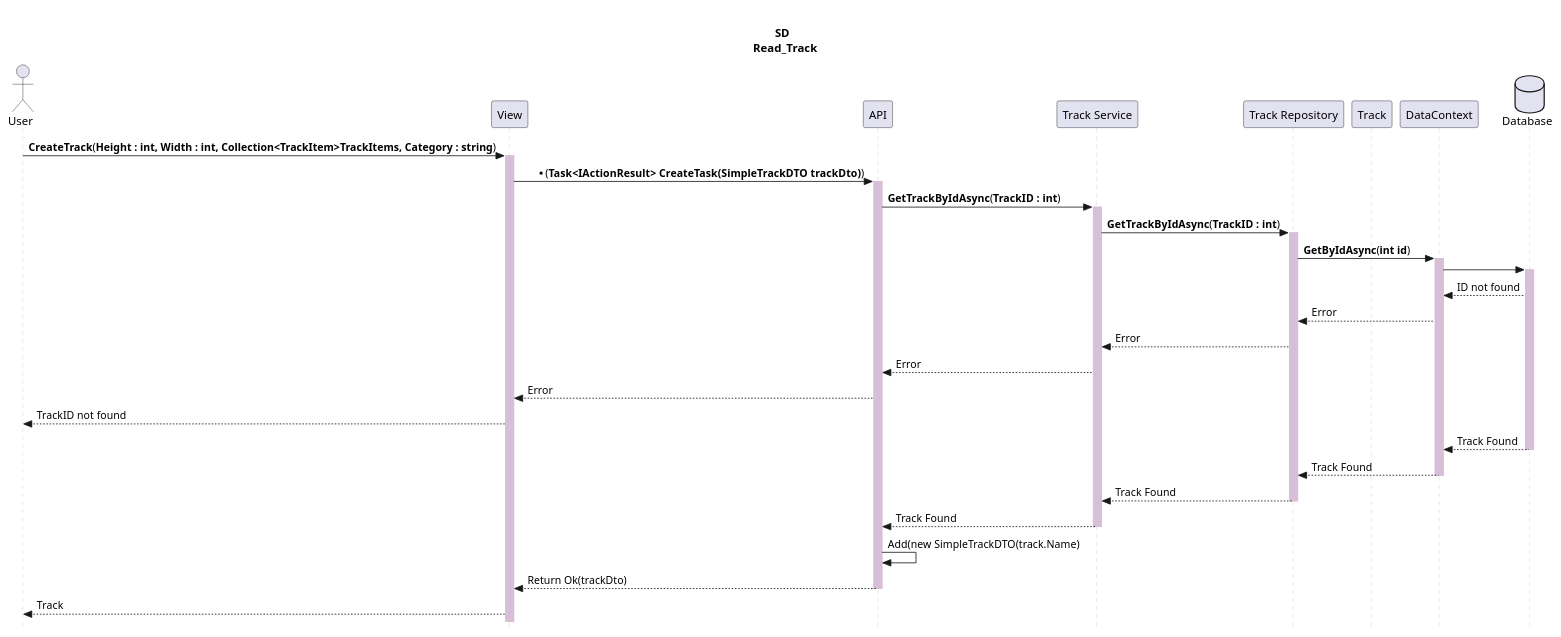
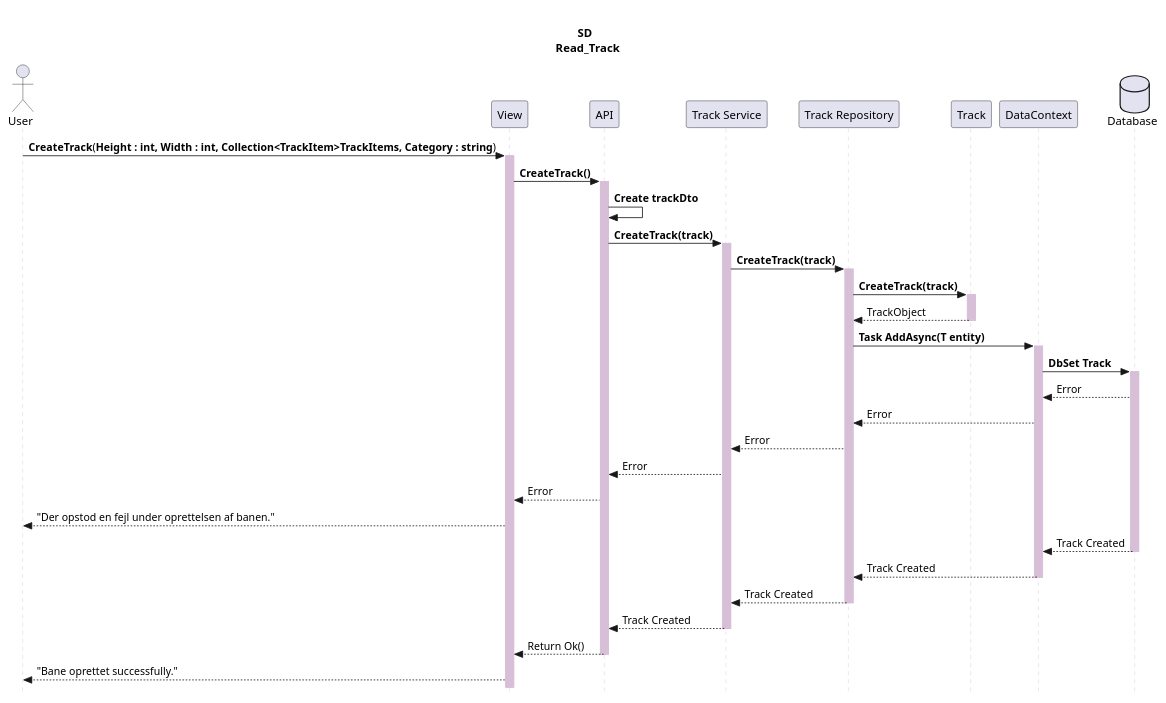
The diagram in Dokumentation/Scenarier/Baner/Development View/SD/Create_Track.wsd (Team-1-ucl/Team1_Projekt), drawn with PlantUML before and after one commit.

Commit message:
Done Draft SD

```diff
--- a/Dokumentation/Scenarier/Baner/Development View/SD/Create_Track.wsd
+++ b/Dokumentation/Scenarier/Baner/Development View/SD/Create_Track.wsd
@@ -1,56 +1,60 @@
 @startuml SeBane
 
 title \nSD\n  Read_Track
 skinparam SequenceGroupBorderThickness 0.01
 skinparam SequenceDividerBorderColor MediumPurple
 skinparam SequenceDividerBackgroundColor MediumPurple
 skinparam SequenceGroupBodyBackgroundColor MOTIVATION
 skinparam SequenceGroupFontColor DarkOrchid
 skinparam SequenceGroupBackgroundColor Thistle
 skinparam SequenceLifeLineBackgroundColor Thistle
 skinparam SequenceLifeLineBorderColor Thistle
 skinparam Style strictUML
 
 actor User
 participant "View" as UI
 participant "API" as Ap
 participant "Track Service" as Ts
 participant "Track Repository" as Tr
 participant "Track" as Track
 participant "DataContext" as Dc
 
 database "Database" as Db
 
 User -> UI : **CreateTrack**(**Height : int, Width : int, Collection<TrackItem>TrackItems, Category : string**)
 activate UI
-UI -> Ap : ****(**Task<IActionResult> CreateTask(SimpleTrackDTO trackDto)**)
+UI -> Ap : **CreateTrack()**
 activate Ap
-Ap -> Ts : **GetTrackByIdAsync**(**TrackID : int**)
+Ap->Ap : **Create trackDto**
+Ap -> Ts :**CreateTrack(track)**
 activate Ts
-Ts -> Tr : **GetTrackByIdAsync**(**TrackID : int**)
+Ts -> Tr : **CreateTrack(track)**
 activate Tr
-Tr -> Dc : **GetByIdAsync**(**int id**)
+Tr -> Track :**CreateTrack(track)**
+activate Track 
+Track --> Tr : TrackObject
+deactivate Track
+Tr -> Dc : **Task AddAsync(T entity)**
 activate Dc
-Dc -> Db
+Dc -> Db : **DbSet Track**
 activate Db
-Db --> Dc : ID not found
+Db --> Dc : Error
 Dc --> Tr : Error
 Tr --> Ts : Error
 Ts --> Ap : Error
 Ap --> UI : Error
-UI --> User : TrackID not found
-Db -->Dc : Track Found
+UI --> User : "Der opstod en fejl under oprettelsen af banen."
+Db -->Dc : Track Created
 deactivate Db
-Dc -->Tr : Track Found
+Dc -->Tr : Track Created
 deactivate Dc
-Tr-->Ts : Track Found
+Tr-->Ts : Track Created
 deactivate Tr
-Ts-->Ap : Track Found
+Ts-->Ap : Track Created
 deactivate Ts
-Ap->Ap : Add(new SimpleTrackDTO(track.Name)
-Ap--> UI : Return Ok(trackDto)
+Ap--> UI : Return Ok()
 deactivate Ap
 
-UI --> User : Track
+UI --> User : "Bane oprettet successfully."
 
 @enduml
```
